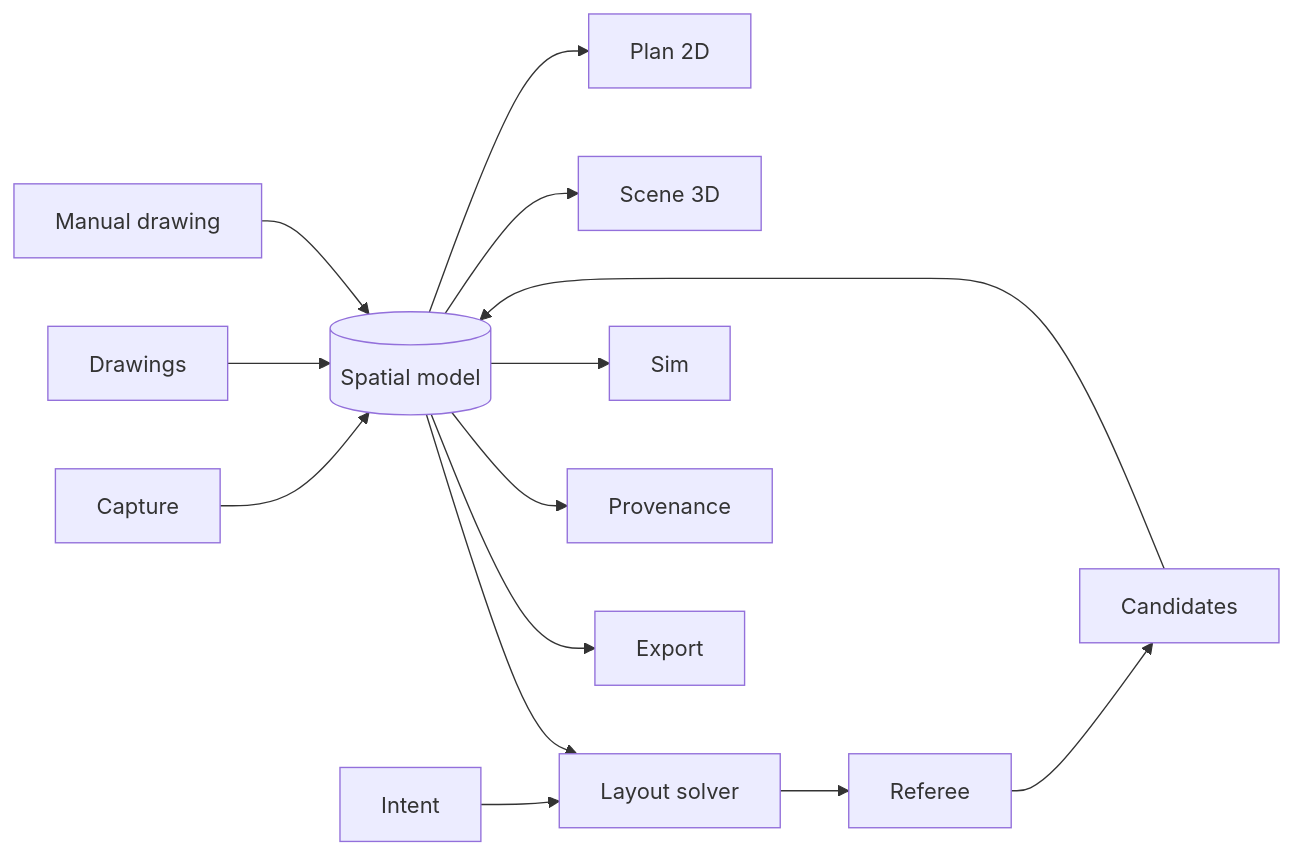
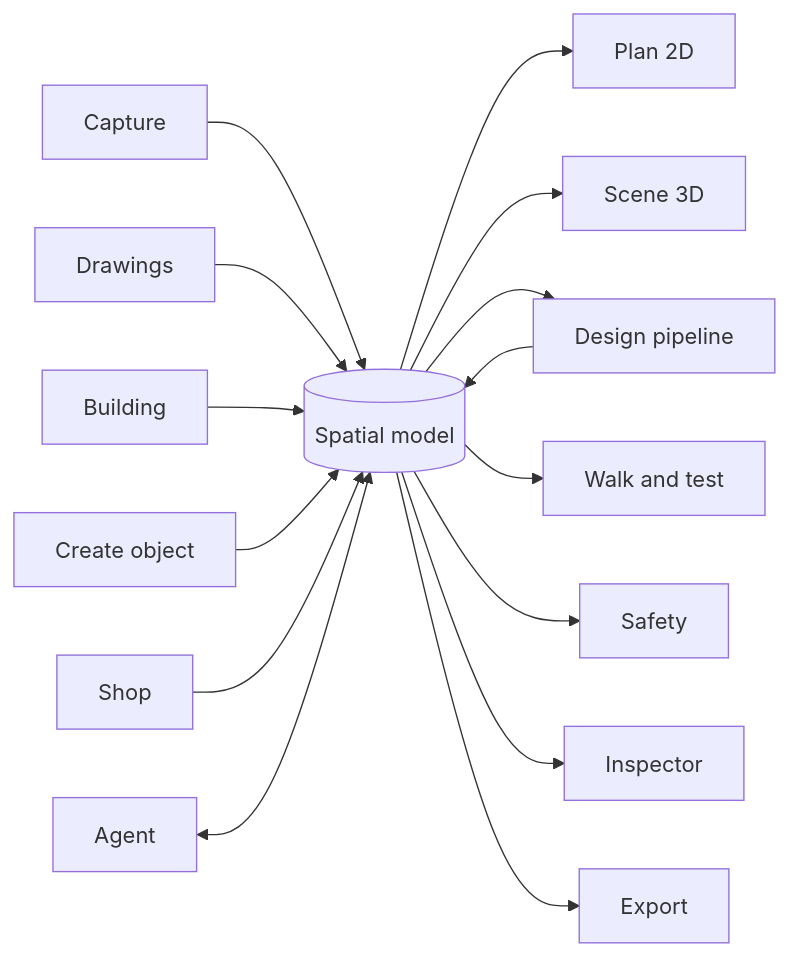
One commit to JUNCTION26/SpaceLens changed the first of 3 diagrams in README.md. Above: the diagram before and after it, drawn with Mermaid. The commit also changed other lines of this file and 5 other files, not shown here.

Commit message:
Rewrite the README and add architecture, design rules, safety assumptions and demo docs

````diff
--- a/README.md
+++ b/README.md
@@ -105,16 +190,17 @@
 ```mermaid
 flowchart LR
   C[Capture] --> M[(Spatial model)]
   D[Drawings] --> M
-  N[Manual drawing] --> M
+  B[Building] --> M
+  F[Create object] --> M
+  S[Shop] --> M
   M --> P[Plan 2D]
-  M --> S[Scene 3D]
-  I[Intent] --> L[Layout solver]
-  M --> L
-  L --> R[Referee]
-  R --> K[Candidates]
-  K --> M
-  M --> SIM[Sim]
-  M --> PR[Provenance]
-  M --> E[Export]
+  M --> V[Scene 3D]
+  M --> G[Design pipeline]
+  G --> M
+  M --> W[Walk and test]
+  M --> Y[Safety]
+  M --> I[Inspector]
+  M --> X[Export]
+  A[Agent] <--> M
 ```
````
